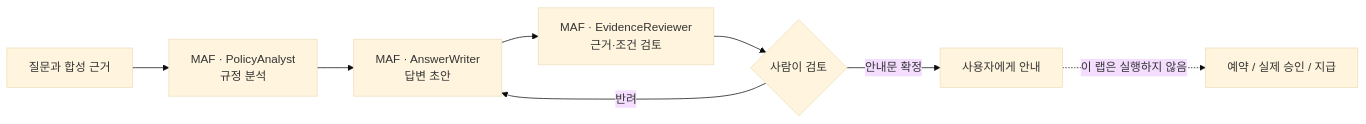
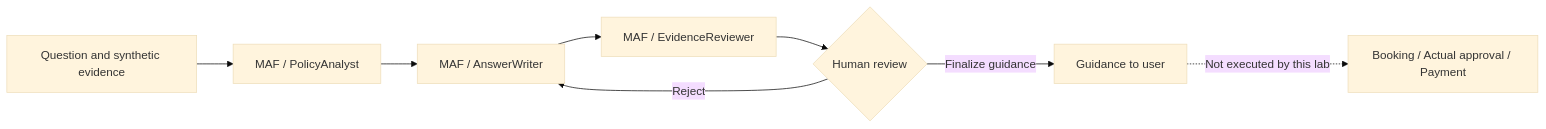
One commit to junwoojeong100/microsoft-foundry-v2-labs changed the diagram in docs/labs/05-workflows.md. Above: the diagram before and after it, drawn with Mermaid (base theme). The commit also changed other lines of this file and 68 other files, not shown here.

````diff
--- a/docs/labs/05-workflows.md
+++ b/docs/labs/05-workflows.md
@@ -22,10 +24,10 @@
 ```mermaid
 flowchart LR
-    Q["질문과 합성 근거"] --> A["MAF · PolicyAnalyst\n규정 분석"]
-    A --> W["MAF · AnswerWriter\n답변 초안"]
-    W --> R["MAF · EvidenceReviewer\n근거·조건 검토"]
-    R --> H{"사람이 검토"}
-    H -->|반려| W
-    H -->|안내문 확정| D["사용자에게 안내"]
-    D -. "이 랩은 실행하지 않음" .-> X["예약 / 실제 승인 / 지급"]
+    Q["Question and synthetic evidence"] --> A["MAF / PolicyAnalyst"]
+    A --> W["MAF / AnswerWriter"]
+    W --> R["MAF / EvidenceReviewer"]
+    R --> H{"Human review"}
+    H -->|Reject| W
+    H -->|Finalize guidance| D["Guidance to user"]
+    D -. "Not executed by this lab" .-> X["Booking / Actual approval / Payment"]
 ```
````
